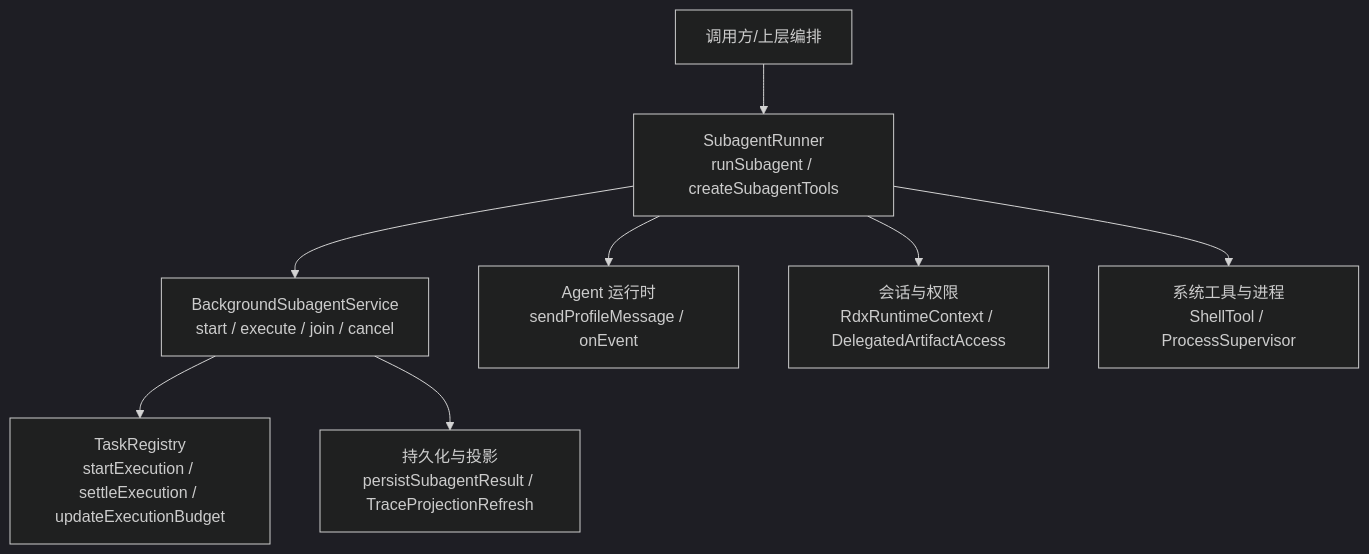
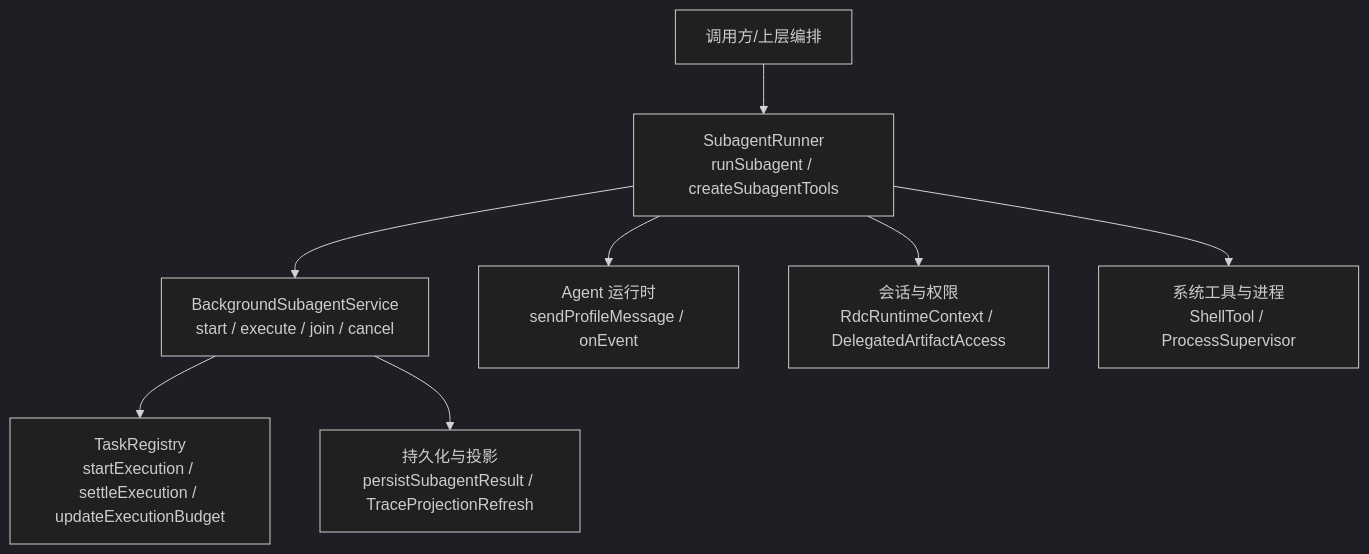
One commit to haolange/RDC-Agent changed the first of 8 diagrams in .qoder/repowiki/zh/content/架构设计/主进程架构/Agent 编排系统/SubagentRunner 子代理执行器.md. Above: the diagram before and after it, drawn with Mermaid (dark theme). The commit also changed other lines of this file and 557 other files, not shown here.

````diff
--- a/.qoder/repowiki/zh/content/架构设计/主进程架构/Agent 编排系统/SubagentRunner 子代理执行器.md
+++ b/.qoder/repowiki/zh/content/架构设计/主进程架构/Agent 编排系统/SubagentRunner 子代理执行器.md
@@ -38,10 +38,10 @@
 ```mermaid
 graph TB
 A["调用方/上层编排"] --> B["SubagentRunner<br/>runSubagent / createSubagentTools"]
 B --> C["BackgroundSubagentService<br/>start / execute / join / cancel"]
 C --> D["TaskRegistry<br/>startExecution / settleExecution / updateExecutionBudget"]
 B --> E["Agent 运行时<br/>sendProfileMessage / onEvent"]
-B --> F["会话与权限<br/>RdxRuntimeContext / DelegatedArtifactAccess"]
+B --> F["会话与权限<br/>RdcRuntimeContext / DelegatedArtifactAccess"]
 C --> G["持久化与投影<br/>persistSubagentResult / TraceProjectionRefresh"]
 B --> H["系统工具与进程<br/>ShellTool / ProcessSupervisor"]
 ```
````
